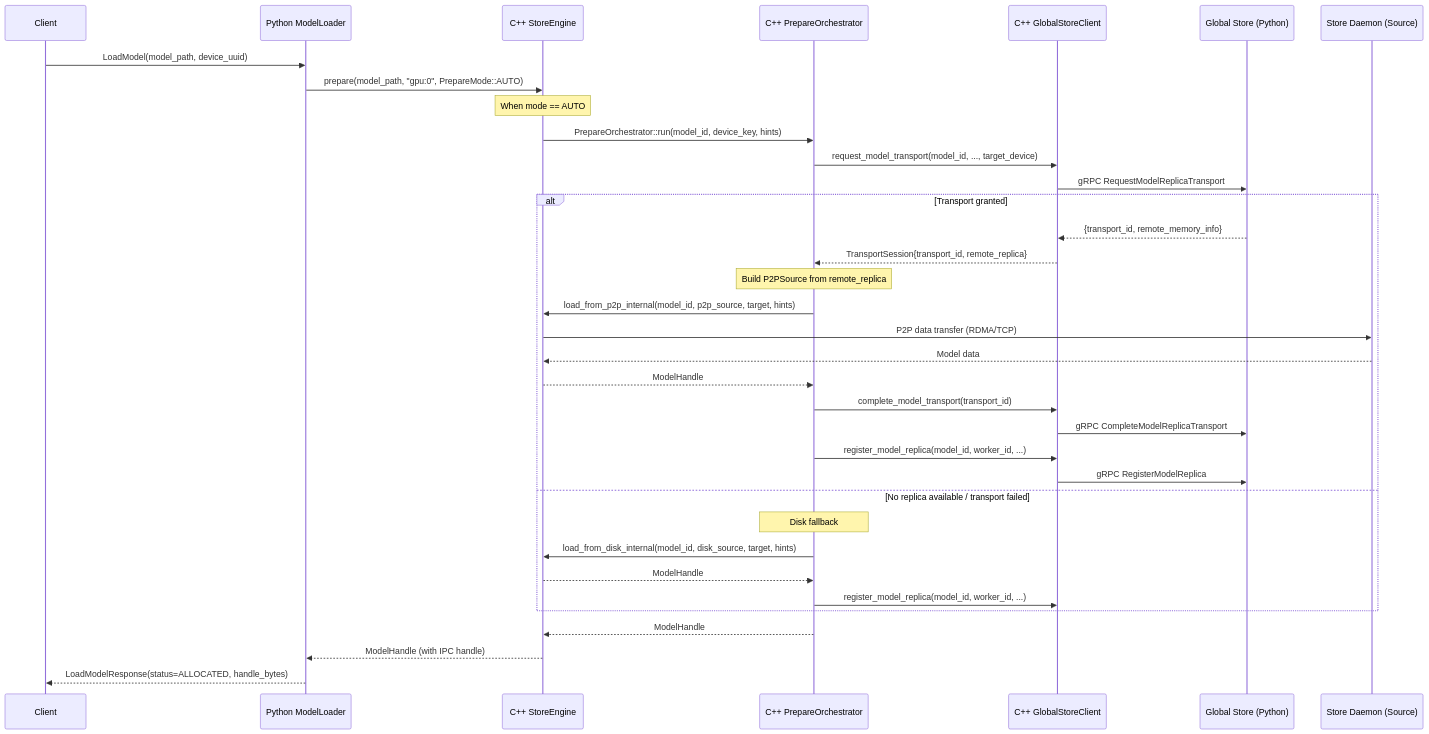
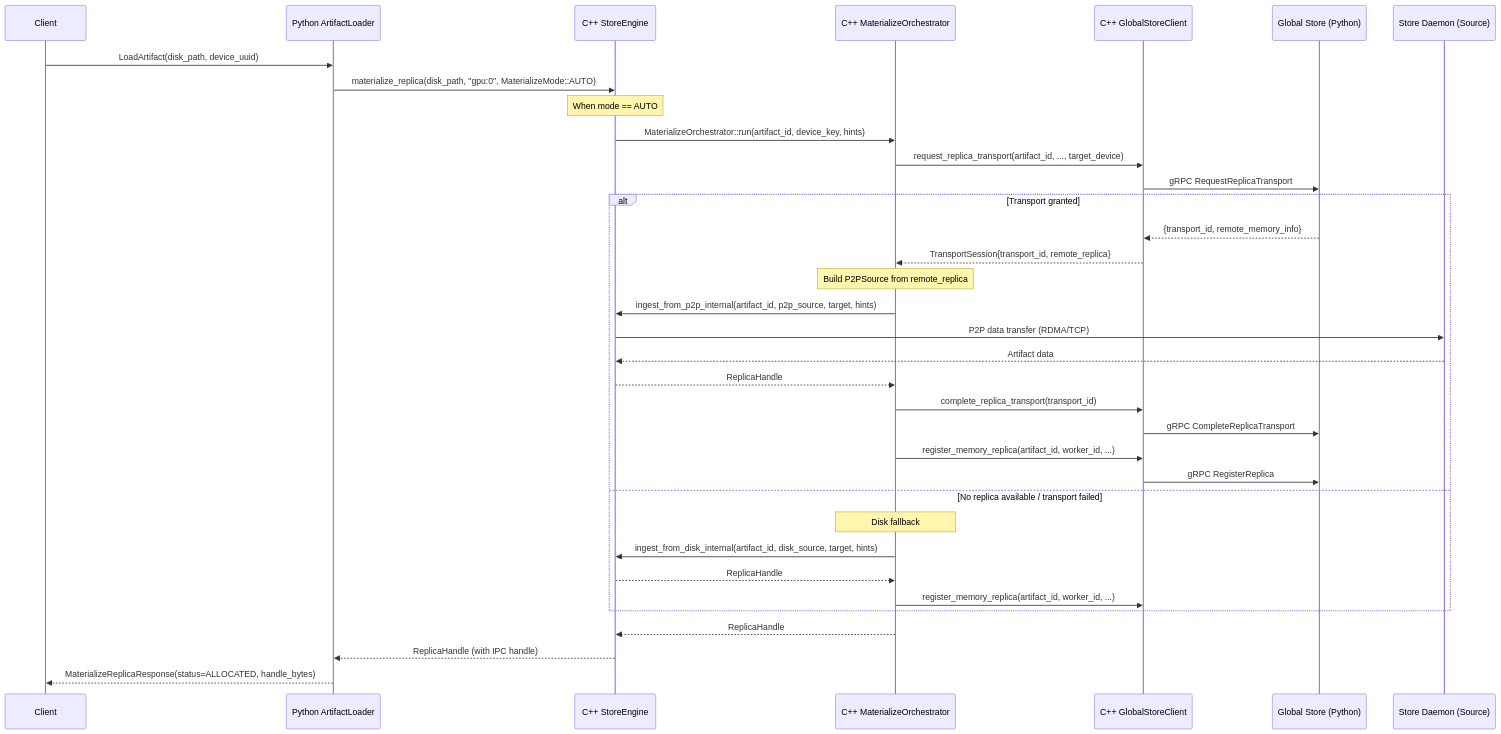
Before and after one commit to tensorcast-ai/tensorcast: the second of 2 diagrams in web-docs/docs/developer-guides/architecture/p2p-transfer-strategies.md, drawn with Mermaid. The commit also changed other lines of this file and 331 other files, not shown here.

Commit message:
refactor: refactor model to artifact & replica

````diff
--- a/web-docs/docs/developer-guides/architecture/p2p-transfer-strategies.md
+++ b/web-docs/docs/developer-guides/architecture/p2p-transfer-strategies.md
@@ -188,49 +188,49 @@
 ```mermaid
 sequenceDiagram
     participant Client
-    participant Python as Python ModelLoader
+    participant Python as Python ArtifactLoader
     participant CS as C++ StoreEngine
-    participant PO as C++ PrepareOrchestrator
+    participant PO as C++ MaterializeOrchestrator
     participant GSC as C++ GlobalStoreClient
     participant GS as Global Store (Python)
     participant SD_Source as Store Daemon (Source)
 
-    Client->>Python: LoadModel(model_path, device_uuid)
-    Python->>CS: prepare(model_path, "gpu:0", PrepareMode::AUTO)
+    Client->>Python: LoadArtifact(disk_path, device_uuid)
+    Python->>CS: materialize_replica(disk_path, "gpu:0", MaterializeMode::AUTO)
 
     Note over CS: When mode == AUTO
-    CS->>PO: PrepareOrchestrator::run(model_id, device_key, hints)
+    CS->>PO: MaterializeOrchestrator::run(artifact_id, device_key, hints)
 
     %% --- P2P transfer attempt ------------------------------------------------
-    PO->>GSC: request_model_transport(model_id, ..., target_device)
-    GSC->>GS: gRPC RequestModelReplicaTransport
+    PO->>GSC: request_replica_transport(artifact_id, ..., target_device)
+    GSC->>GS: gRPC RequestReplicaTransport
 
     alt Transport granted
         GS-->>GSC: {transport_id, remote_memory_info}
         GSC-->>PO: TransportSession{transport_id, remote_replica}
 
         Note over PO: Build P2PSource from remote_replica
-        PO->>CS: load_from_p2p_internal(model_id, p2p_source, target, hints)
+        PO->>CS: ingest_from_p2p_internal(artifact_id, p2p_source, target, hints)
 
         CS->>SD_Source: P2P data transfer (RDMA/TCP)
-        SD_Source-->>CS: Model data
+        SD_Source-->>CS: Artifact data
 
-        CS-->>PO: ModelHandle
+        CS-->>PO: ReplicaHandle
 
-        PO->>GSC: complete_model_transport(transport_id)
-        GSC->>GS: gRPC CompleteModelReplicaTransport
+        PO->>GSC: complete_replica_transport(transport_id)
+        GSC->>GS: gRPC CompleteReplicaTransport
 
-        PO->>GSC: register_model_replica(model_id, worker_id, ...)
-        GSC->>GS: gRPC RegisterModelReplica
+        PO->>GSC: register_memory_replica(artifact_id, worker_id, ...)
+        GSC->>GS: gRPC RegisterReplica
     else No replica available / transport failed
         Note over PO: Disk fallback
-        PO->>CS: load_from_disk_internal(model_id, disk_source, target, hints)
-        CS-->>PO: ModelHandle
+        PO->>CS: ingest_from_disk_internal(artifact_id, disk_source, target, hints)
+        CS-->>PO: ReplicaHandle
 
-        PO->>GSC: register_model_replica(model_id, worker_id, ...)
+        PO->>GSC: register_memory_replica(artifact_id, worker_id, ...)
     end
 
-    PO-->>CS: ModelHandle
-    CS-->>Python: ModelHandle (with IPC handle)
-    Python-->>Client: LoadModelResponse(status=ALLOCATED, handle_bytes)
+    PO-->>CS: ReplicaHandle
+    CS-->>Python: ReplicaHandle (with IPC handle)
+    Python-->>Client: MaterializeReplicaResponse(status=ALLOCATED, handle_bytes)
 ```
````
